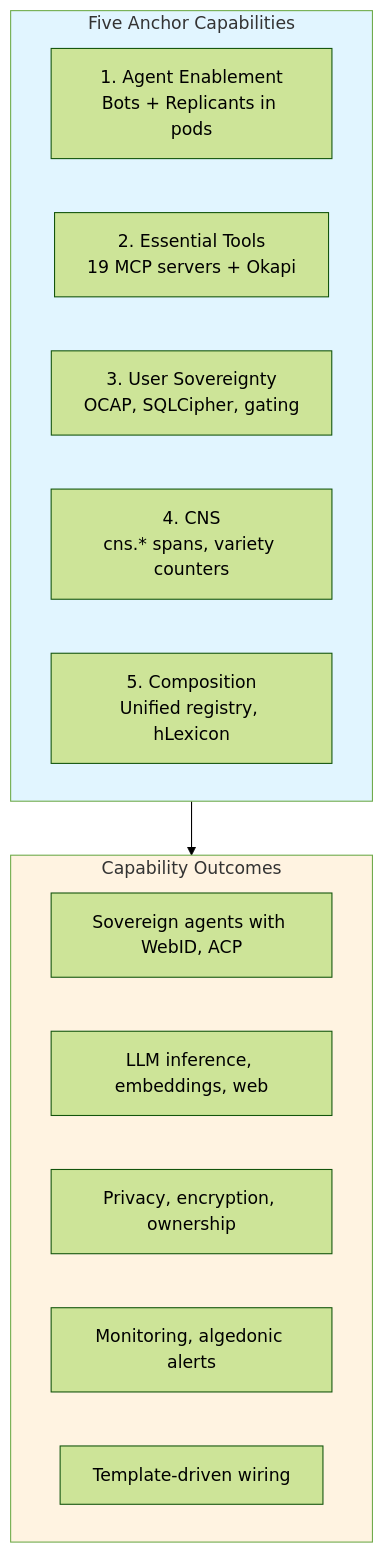
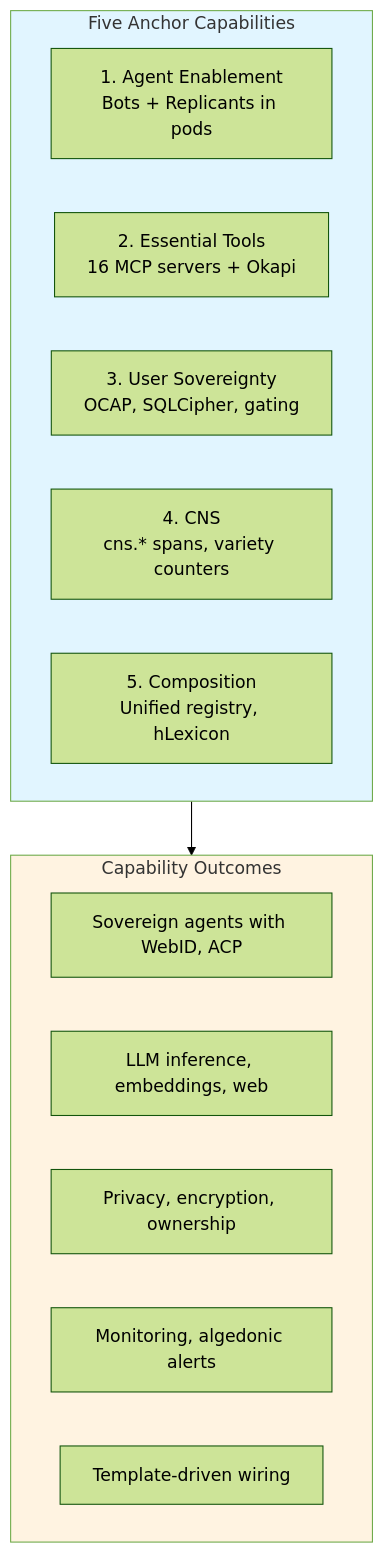
The first of 2 diagrams in docs/architecture/PRINCIPLES.md (mdz-axo/hKask), drawn with Mermaid (forest theme) before and after one commit. The commit also changed other lines of this file and 11 other files, not shown here.

````diff
--- a/docs/architecture/PRINCIPLES.md
+++ b/docs/architecture/PRINCIPLES.md
@@ -29,23 +29,23 @@
 ```mermaid
 graph TD
     subgraph Anchors[Five Anchor Capabilities]
         A1[1. Agent Enablement<br/>Bots + Replicants in pods]
-        A2[2. Essential Tools<br/>19 MCP servers + Okapi]
+        A2[2. Essential Tools<br/>16 MCP servers + Okapi]
         A3[3. User Sovereignty<br/>OCAP, SQLCipher, gating]
         A4[4. CNS<br/>cns.* spans, variety counters]
         A5[5. Composition<br/>Unified registry, hLexicon]
     end
     
     subgraph Outcomes[Capability Outcomes]
         O1[Sovereign agents with WebID, ACP]
         O2[LLM inference, embeddings, web]
         O3[Privacy, encryption, ownership]
         O4[Monitoring, algedonic alerts]
         O5[Template-driven wiring]
     end
     
     Anchors --> Outcomes
     
     style Anchors fill:#e1f5ff
     style Outcomes fill:#fff3e1
 ```
````
